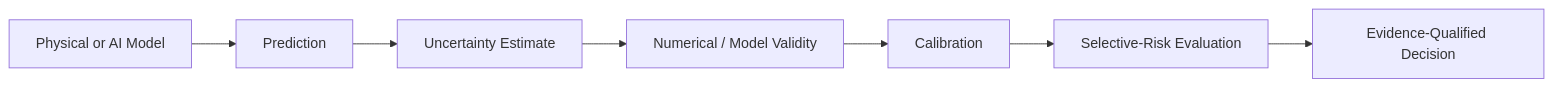
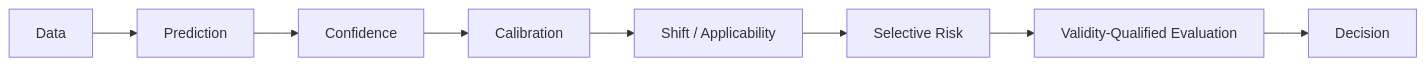
Before and after one commit to topherchris420/triad: the first of 2 diagrams in README.md, drawn with Mermaid. The commit also changed other lines of this file and 26 other files, not shown here.

````diff
--- a/README.md
+++ b/README.md
@@ -11,9 +39,10 @@
 ```mermaid
 flowchart LR
-    A[Physical or AI Model] --> B[Prediction]
-    B --> C[Uncertainty Estimate]
-    C --> D[Numerical / Model Validity]
-    D --> E[Calibration]
-    E --> F[Selective-Risk Evaluation]
-    F --> G[Evidence-Qualified Decision]
+    A[Data] --> B[Prediction]
+    B --> C[Confidence]
+    C --> D[Calibration]
+    D --> E[Shift / Applicability]
+    E --> F[Selective Risk]
+    F --> G[Validity-Qualified Evaluation]
+    G --> H[Decision]
 ```
````
